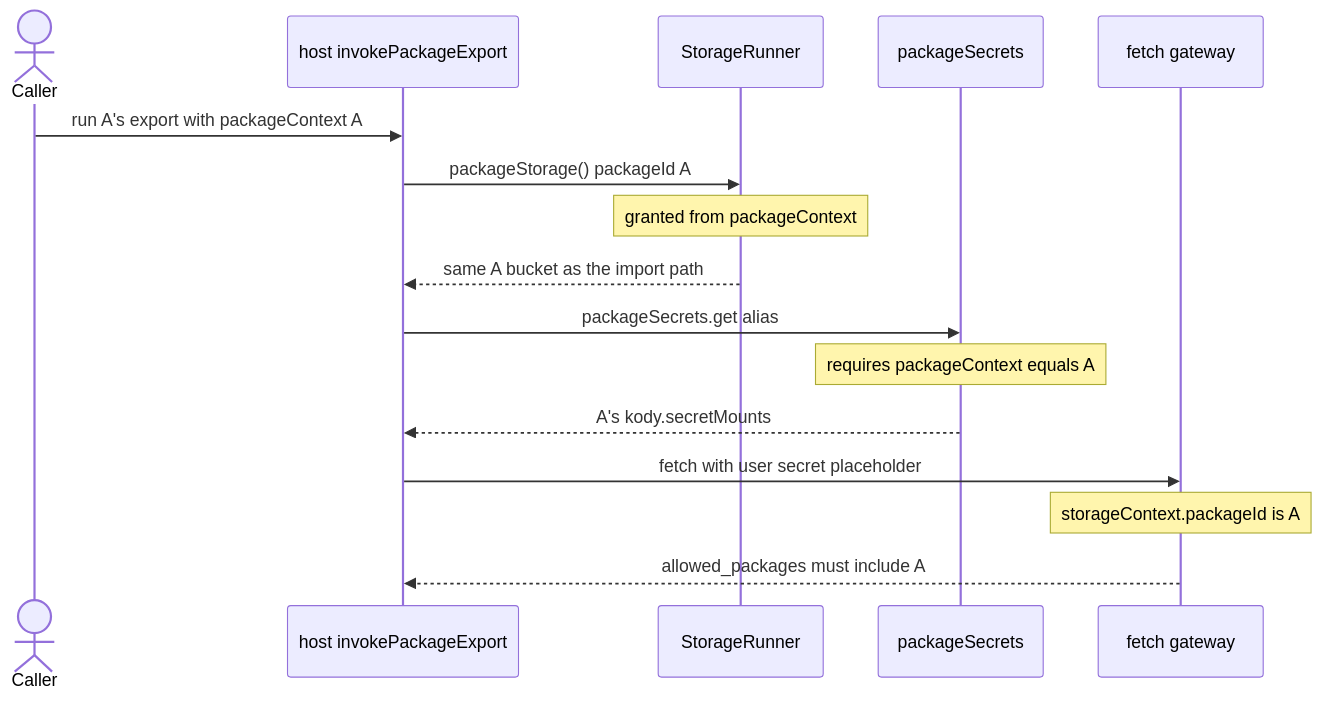
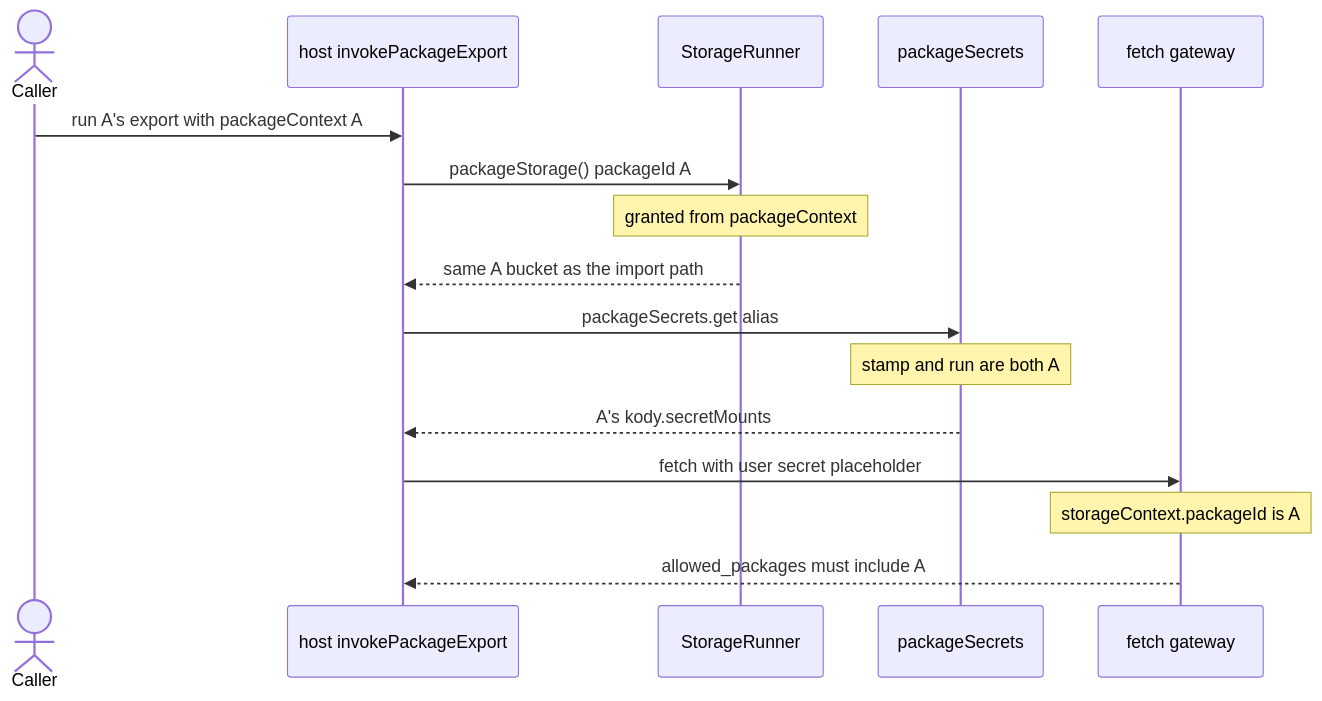
Before and after one commit to kentcdodds/kody: the second of 5 diagrams in docs/contributing/package-storage-static-imports.md, drawn with Mermaid. The commit also changed other lines of this file and 30 other files, not shown here.

````diff
--- a/docs/contributing/package-storage-static-imports.md
+++ b/docs/contributing/package-storage-static-imports.md
@@ -95,18 +107,18 @@
 ```mermaid
 sequenceDiagram
 	actor Caller
 	participant Host as host invokePackageExport
 	participant Bucket as StorageRunner
 	participant Mounts as packageSecrets
 	participant Gateway as fetch gateway
 	Caller->>Host: run A's export with packageContext A
 	Host->>Bucket: packageStorage() packageId A
 	Note over Bucket: granted from packageContext
 	Bucket-->>Host: same A bucket as the import path
 	Host->>Mounts: packageSecrets.get alias
-	Note over Mounts: requires packageContext equals A
+	Note over Mounts: stamp and run are both A
 	Mounts-->>Host: A's kody.secretMounts
 	Host->>Gateway: fetch with user secret placeholder
 	Note over Gateway: storageContext.packageId is A
 	Gateway-->>Host: allowed_packages must include A
 ```
````
